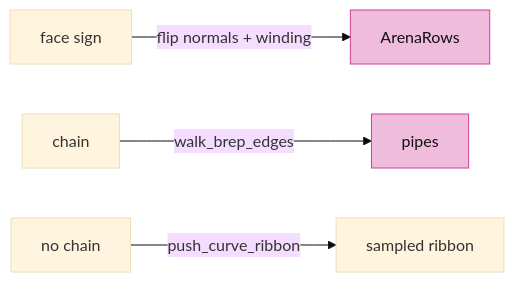
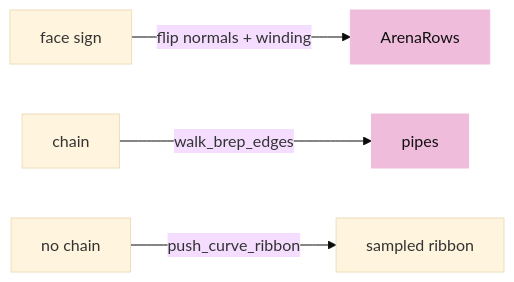
The ninth of 10 diagrams in session_viewer/docs/07-boundaries.md (petrasvestartas/session), drawn with Mermaid (base theme) before and after one commit. The commit also changed other lines of this file and 324 other files, not shown here.

````diff
--- a/session_viewer/docs/07-boundaries.md
+++ b/session_viewer/docs/07-boundaries.md
@@ -215,8 +259,8 @@
 ```mermaid
 flowchart LR
     S["face sign"] -- "flip normals + winding" --> A["ArenaRows"]
     C["chain"] -- "walk_brep_edges" --> P["pipes"]
     N["no chain"] -- "push_curve_ribbon" --> R["sampled ribbon"]
-    style A fill:#f0bcdb,stroke:#ce4095,color:#111
-    style P fill:#f0bcdb,stroke:#ce4095,color:#111
+    style A fill:#f0bcdb,stroke:#f0bcdb,color:#111
+    style P fill:#f0bcdb,stroke:#f0bcdb,color:#111
 ```
````
